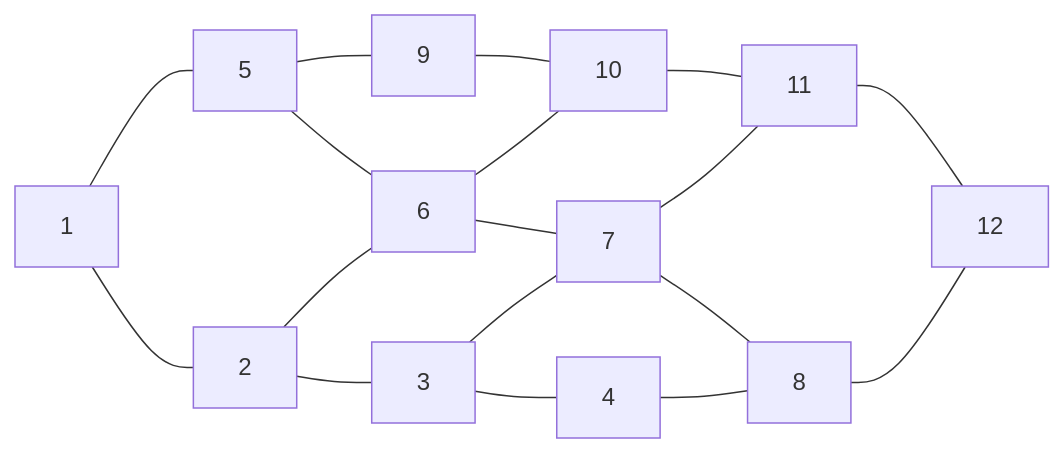
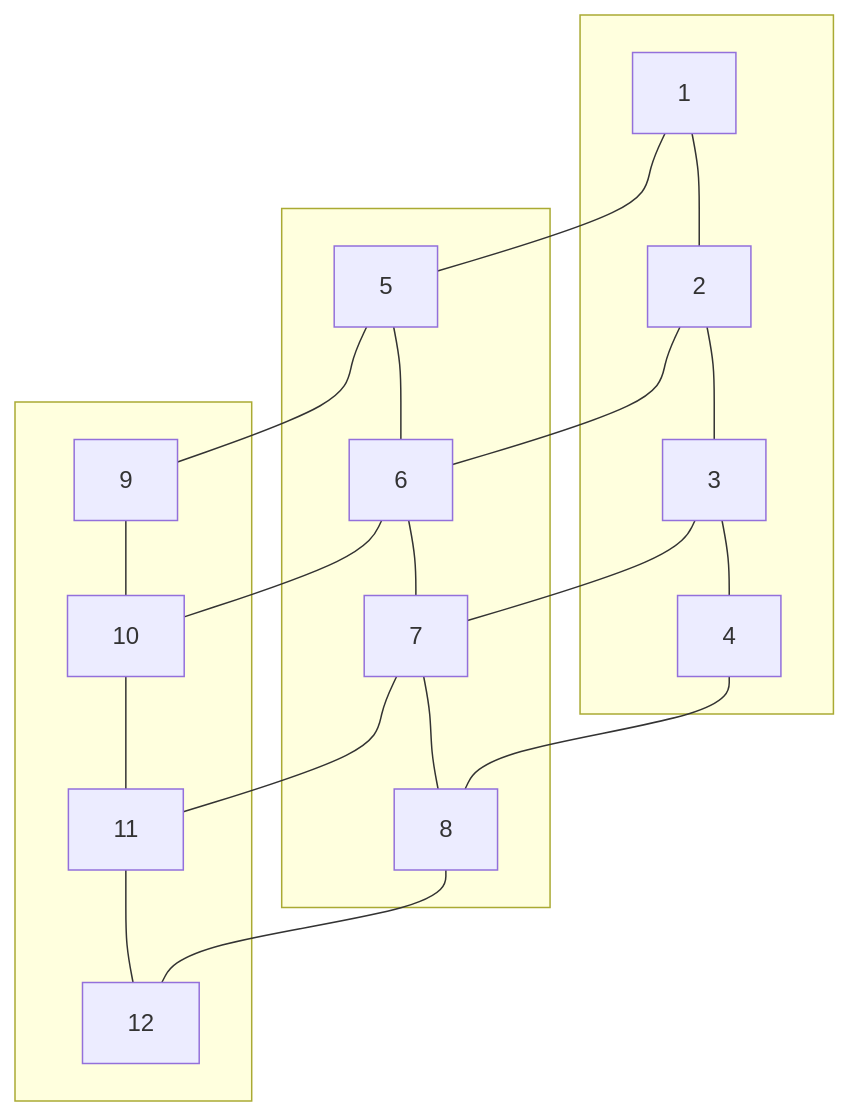
One commit to athena-tircgo/amr-lsj changed the second of 2 diagrams in README.md. Above: the diagram before and after it, drawn with Mermaid.

````diff
--- a/README.md
+++ b/README.md
@@ -50,15 +50,23 @@
 ```mermaid
-graph LR
+graph TD
     %% 第一排
-    A1[1] --- A2[2] --- A3[3] --- A4[4]
+    subgraph row1[ ]
+        A1[1] --- A2[2] --- A3[3] --- A4[4]
+    end
+
     %% 第二排
-    A5[5] --- A6[6] --- A7[7] --- A8[8]
+    subgraph row2[ ]
+        A5[5] --- A6[6] --- A7[7] --- A8[8]
+    end
+
     %% 第三排
-    A9[9] --- A10[10] --- A11[11] --- A12[12]
+    subgraph row3[ ]
+        A9[9] --- A10[10] --- A11[11] --- A12[12]
+    end
 
-    %% 垂直連線（每欄對應）
+    %% 垂直連線
     A1 --- A5 --- A9
     A2 --- A6 --- A10
     A3 --- A7 --- A11
     A4 --- A8 --- A12
 ```
````
